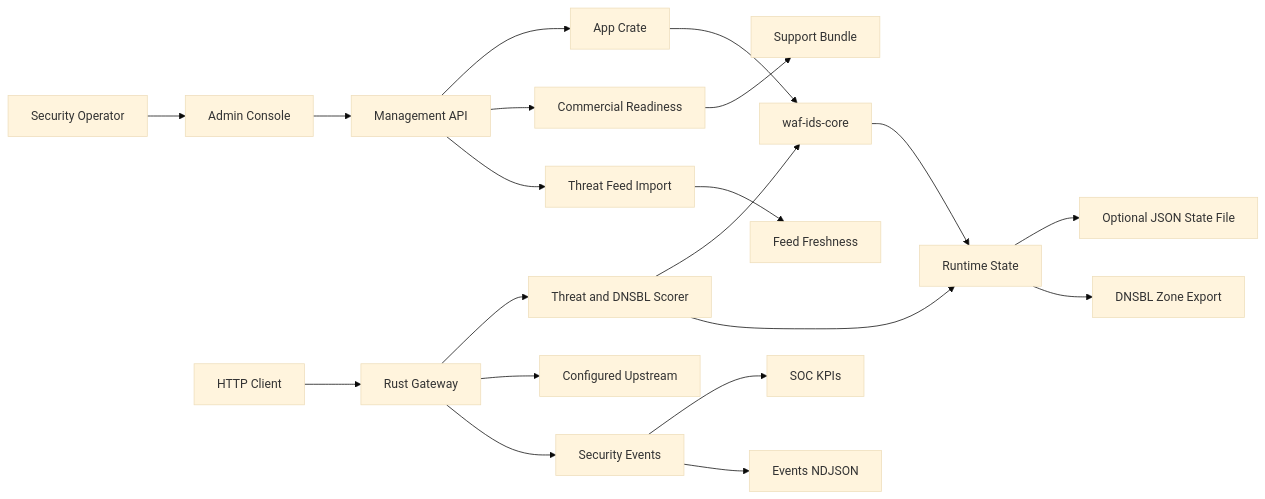
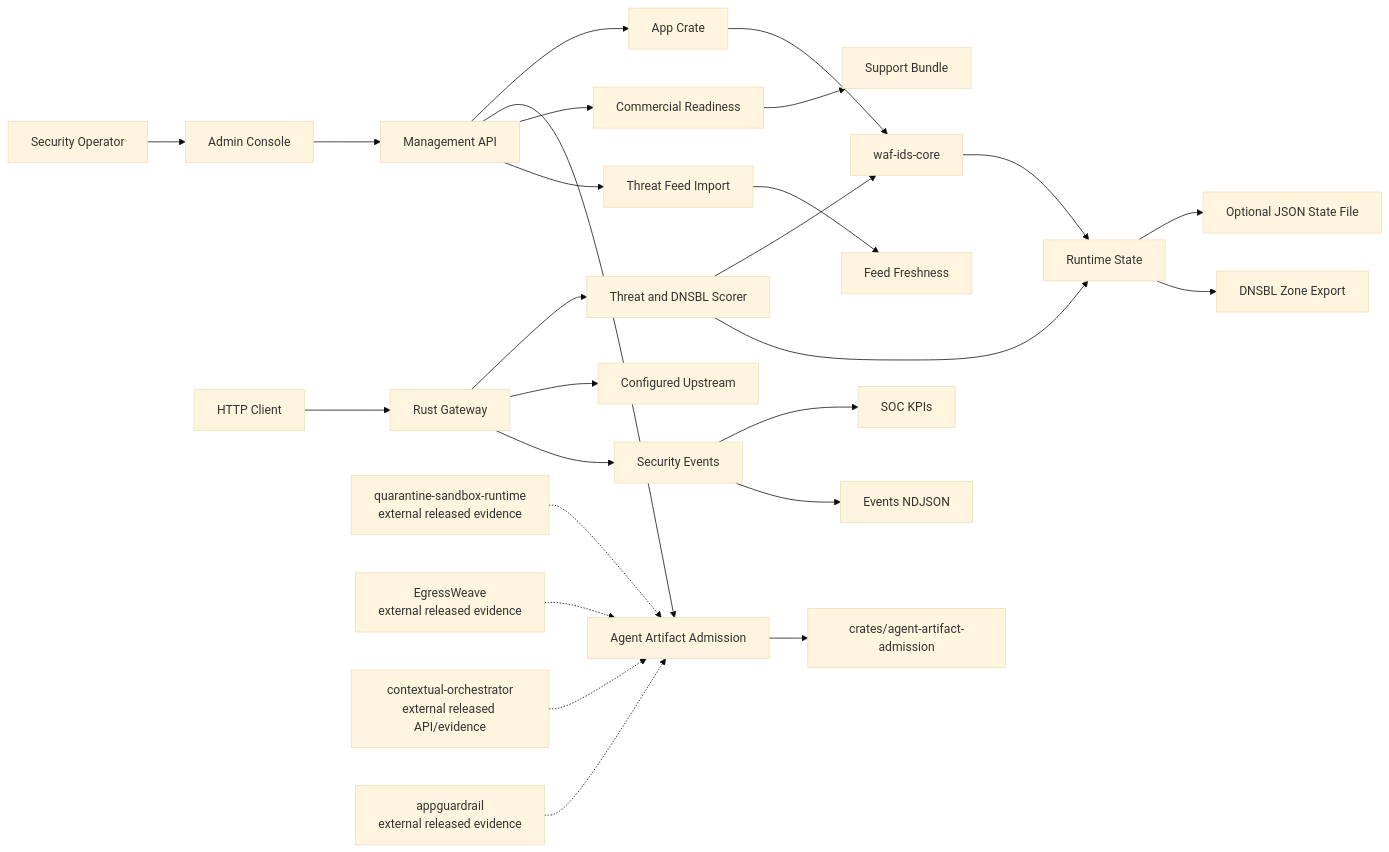
The diagram in docs/architecture.md (ContextualWisdomLab/wardnet), drawn with Mermaid (base theme) before and after one commit. The commit also changed other lines of this file, not shown here.

Commit message:
docs(agent-admission): make architecture code-current

````diff
--- a/docs/architecture.md
+++ b/docs/architecture.md
@@ -5,22 +5,28 @@
 ```mermaid
 flowchart LR
   operator["Security Operator"] --> admin["Admin Console"]
   admin --> api["Management API"]
   api --> app["App Crate"]
   app --> core["waf-ids-core"]
+  api --> admission["Agent Artifact Admission"]
+  admission --> admissionCore["crates/agent-artifact-admission"]
   core --> state["Runtime State"]
   state --> file["Optional JSON State File"]
   client["HTTP Client"] --> gateway["Rust Gateway"]
   gateway --> scorer["Threat and DNSBL Scorer"]
   scorer --> core
   scorer --> state
   gateway --> upstream["Configured Upstream"]
   gateway --> events["Security Events"]
   events --> kpis["SOC KPIs"]
   events --> eventExport["Events NDJSON"]
   state --> zone["DNSBL Zone Export"]
   api --> commercial["Commercial Readiness"]
   api --> feeds["Threat Feed Import"]
   feeds --> freshness["Feed Freshness"]
   commercial --> bundle["Support Bundle"]
+  sandbox["quarantine-sandbox-runtime\nexternal released evidence"] -.-> admission
+  egress["EgressWeave\nexternal released evidence"] -.-> admission
+  orchestrator["contextual-orchestrator\nexternal released API/evidence"] -.-> admission
+  guardrail["appguardrail\nexternal released evidence"] -.-> admission
 ```
````
